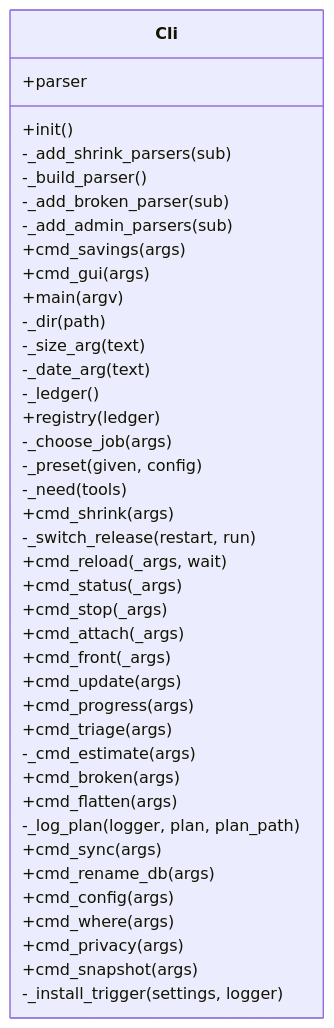
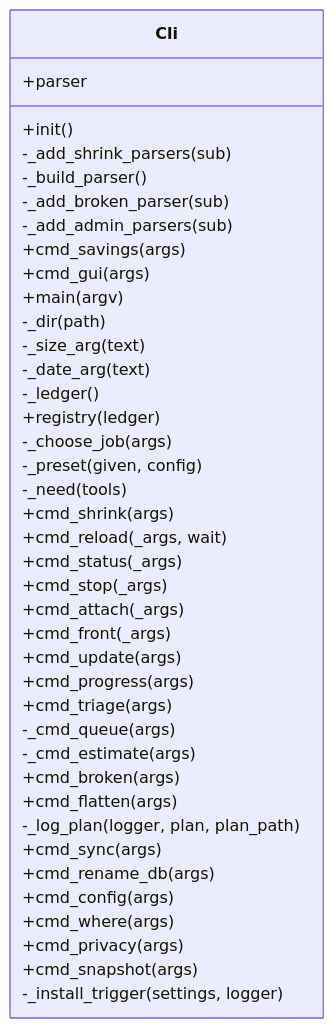
One commit to peddanet/mediatools changed the diagram in docs/img/uml_cli.mmd. Above: the diagram before and after it, drawn with Mermaid. The commit also changed 24 other files, not shown here.

First line of the commit message:
Release 1.13.0: shrink queue, proposed jobs from estimate, job progress across jobs

```diff
--- a/docs/img/uml_cli.mmd
+++ b/docs/img/uml_cli.mmd
@@ -1,42 +1,42 @@
 classDiagram
   direction LR
   class Cli {
     +parser
     +init()
     -_add_shrink_parsers(sub)
     -_build_parser()
     -_add_broken_parser(sub)
     -_add_admin_parsers(sub)
     +cmd_savings(args)
     +cmd_gui(args)
     +main(argv)
     -_dir(path)
     -_size_arg(text)
     -_date_arg(text)
     -_ledger()
     +registry(ledger)
     -_choose_job(args)
     -_preset(given, config)
     -_need(tools)
     +cmd_shrink(args)
-    -_switch_release(restart, run)
     +cmd_reload(_args, wait)
     +cmd_status(_args)
     +cmd_stop(_args)
     +cmd_attach(_args)
     +cmd_front(_args)
     +cmd_update(args)
     +cmd_progress(args)
     +cmd_triage(args)
+    -_cmd_queue(args)
     -_cmd_estimate(args)
     +cmd_broken(args)
     +cmd_flatten(args)
     -_log_plan(logger, plan, plan_path)
     +cmd_sync(args)
     +cmd_rename_db(args)
     +cmd_config(args)
     +cmd_where(args)
     +cmd_privacy(args)
     +cmd_snapshot(args)
     -_install_trigger(settings, logger)
   }
```
